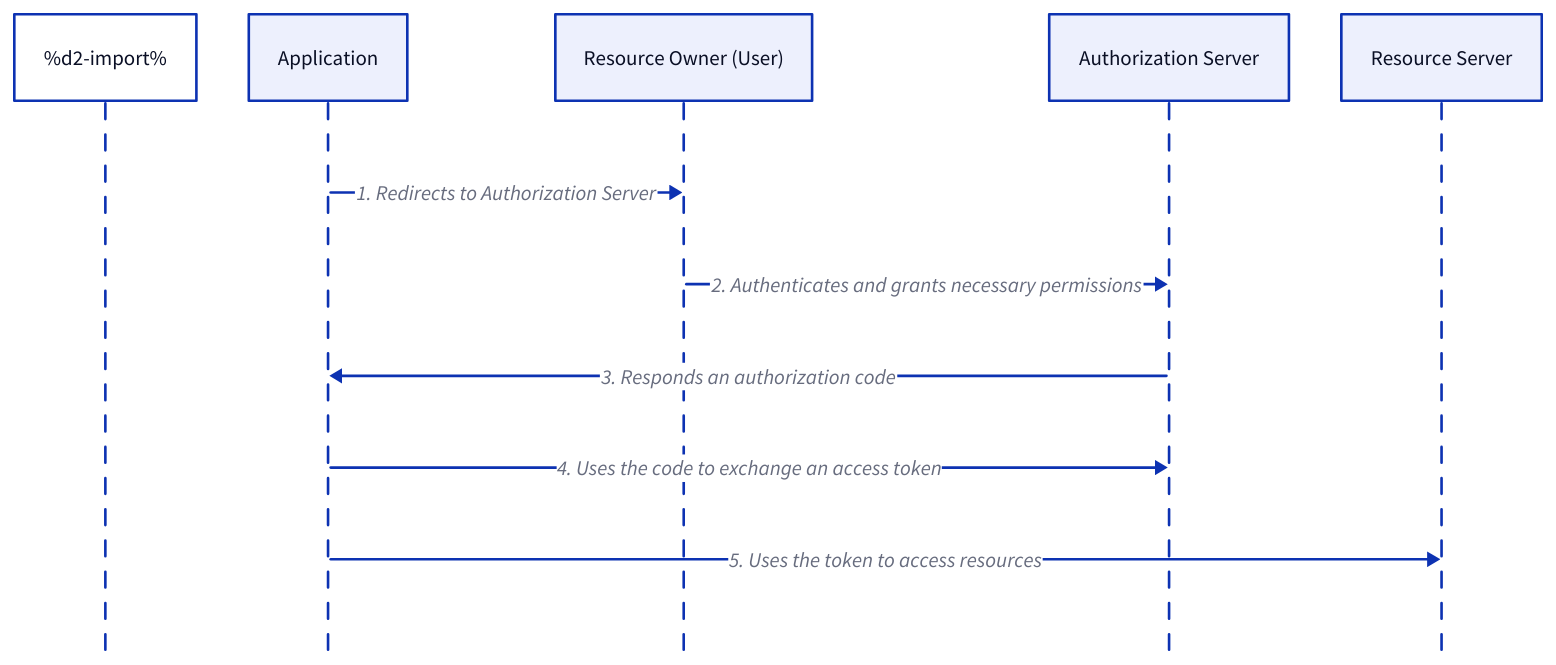
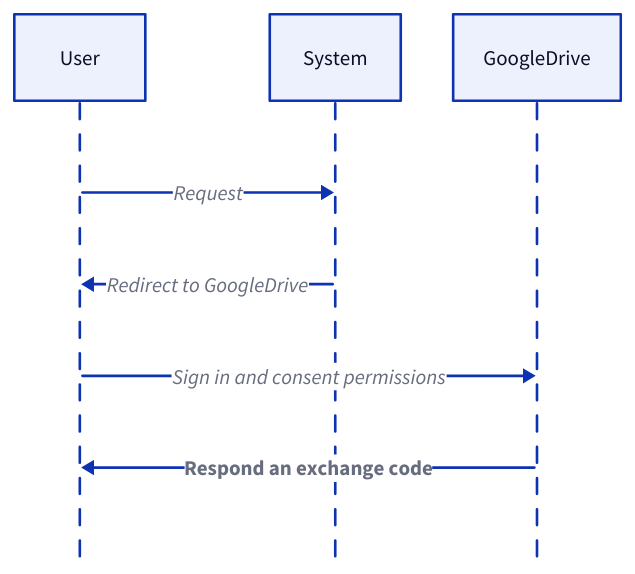
Before and after one commit to link1905/system-design-101: diagram 21 of 23 in content/docs/system-administration/system-protection/iam.md, drawn with D2. The commit also changed other lines of this file and 4 other files, not shown here.

````diff
--- a/content/docs/system-administration/system-protection/iam.md
+++ b/content/docs/system-administration/system-protection/iam.md
@@ -611,21 +756,18 @@
 ```d2
-%d2-import%
 shape: sequence_diagram
-c: Application {
+u: User {
+  class: client
+}
+s: System {
   class: server
 }
-u: Resource Owner (User) {
-  class: user
+g: GoogleDrive {
+  class: google
 }
-a: Authorization Server {
-  class: server
+u -> s: Request
+s -> u: Redirect to GoogleDrive
+u -> g: Sign in and consent permissions
+g -> u: Respond an exchange code {
+  style.bold: true
 }
-rs: Resource Server {
-  class: res
-}
-c -> u: 1. Redirects to Authorization Server
-u -> a: 2. Authenticates and grants necessary permissions
-a -> c: 3. Responds an authorization code
-c -> a: 4. Uses the code to exchange an access token
-c -> rs: 5. Uses the token to access resources
 ```
````
